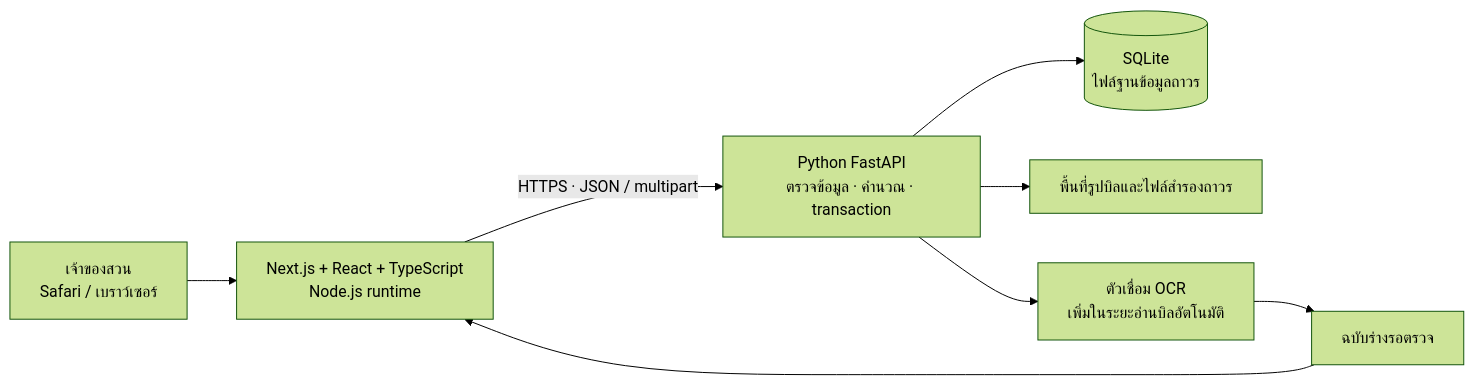
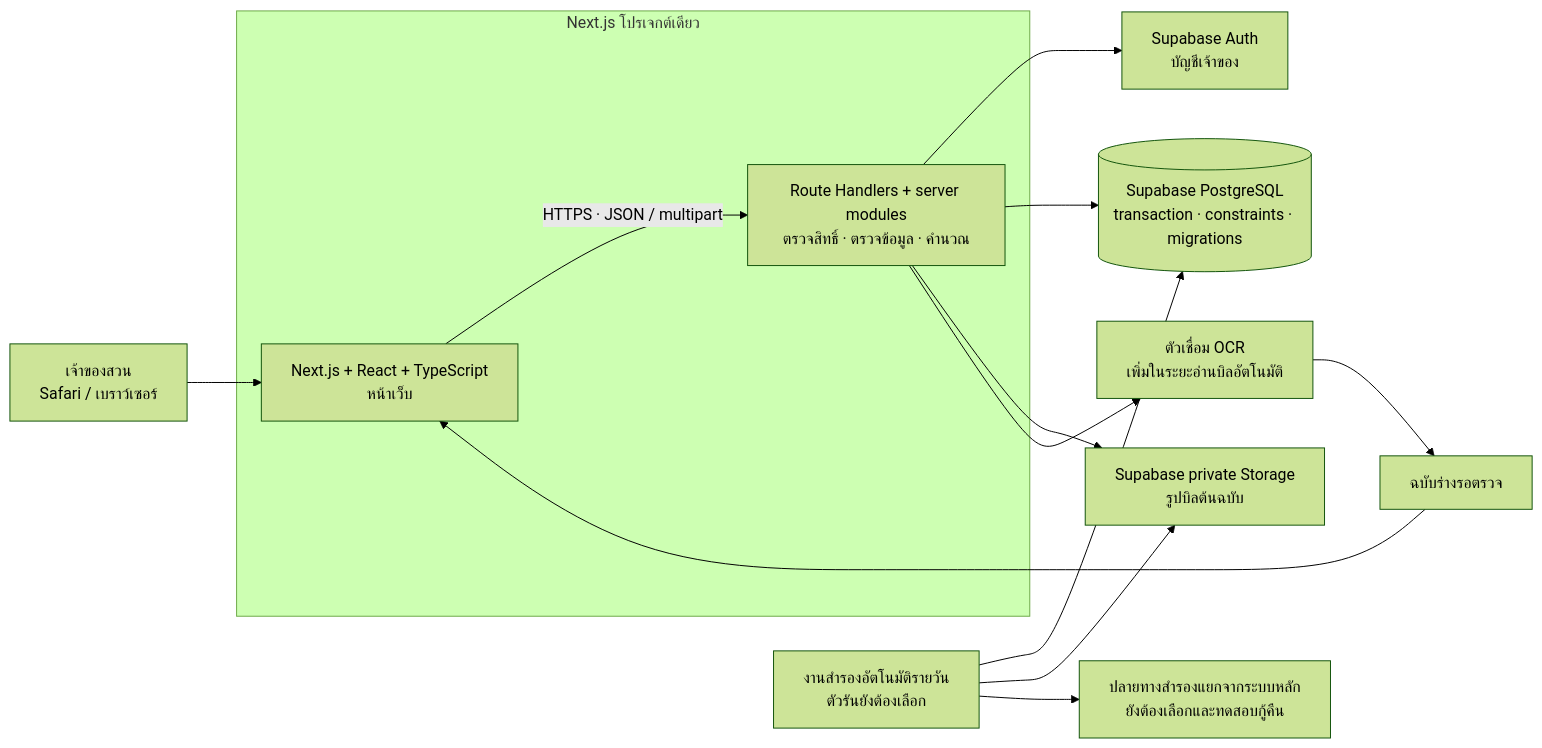
The first of 2 diagrams in app-spec.md (SitthiwatR/palm-ledger), drawn with Mermaid (forest theme) before and after one commit. The commit also changed other lines of this file and 3 other files, not shown here.

Commit message:
docs: define Supabase architecture and ten-step implementation plan

````diff
--- a/app-spec.md
+++ b/app-spec.md
@@ -103,10 +118,16 @@
 ```mermaid
 flowchart LR
-    Owner["เจ้าของสวน<br/>Safari / เบราว์เซอร์"] --> Web["Next.js + React + TypeScript<br/>Node.js runtime"]
-    Web -->|"HTTPS · JSON / multipart"| API["Python FastAPI<br/>ตรวจข้อมูล · คำนวณ · transaction"]
-    API --> DB[("SQLite<br/>ไฟล์ฐานข้อมูลถาวร")]
-    API --> Files["พื้นที่รูปบิลและไฟล์สำรองถาวร"]
+    Owner["เจ้าของสวน<br/>Safari / เบราว์เซอร์"] --> Web["Next.js + React + TypeScript<br/>หน้าเว็บ"]
+    subgraph Project["Next.js โปรเจกต์เดียว"]
+        Web -->|"HTTPS · JSON / multipart"| API["Route Handlers + server modules<br/>ตรวจสิทธิ์ · ตรวจข้อมูล · คำนวณ"]
+    end
+    API --> Auth["Supabase Auth<br/>บัญชีเจ้าของ"]
+    API --> DB[("Supabase PostgreSQL<br/>transaction · constraints · migrations")]
+    API --> Files["Supabase private Storage<br/>รูปบิลต้นฉบับ"]
+    Backup["งานสำรองอัตโนมัติรายวัน<br/>ตัวรันยังต้องเลือก"] --> DB
+    Backup --> Files
+    Backup --> Offsite["ปลายทางสำรองแยกจากระบบหลัก<br/>ยังต้องเลือกและทดสอบกู้คืน"]
     API --> OCR["ตัวเชื่อม OCR<br/>เพิ่มในระยะอ่านบิลอัตโนมัติ"]
     OCR --> Draft["ฉบับร่างรอตรวจ"]
     Draft --> Web
 ```
````
